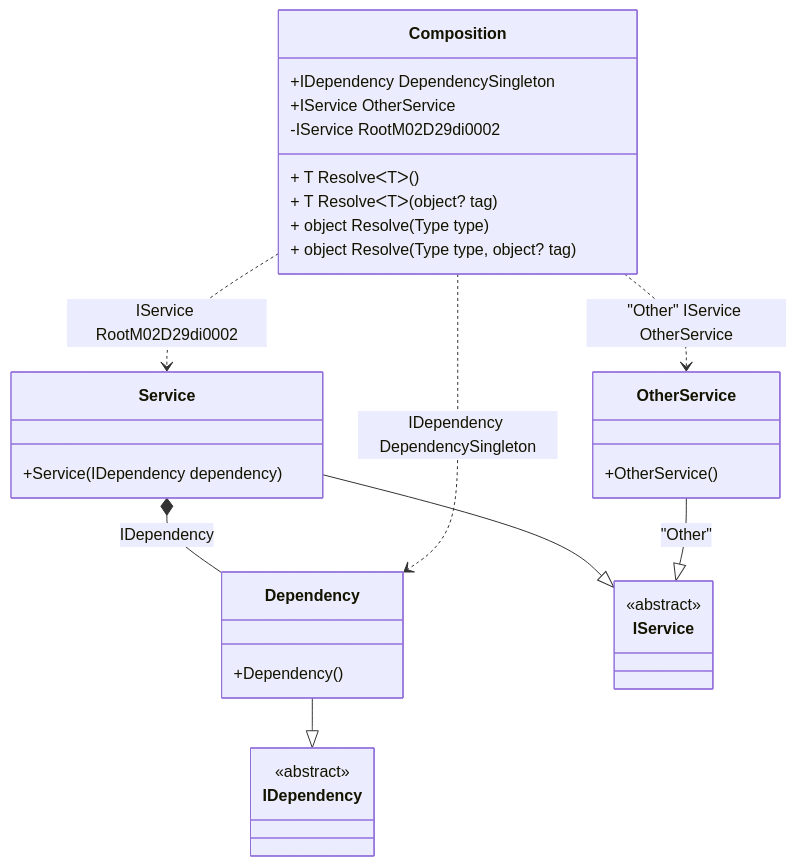
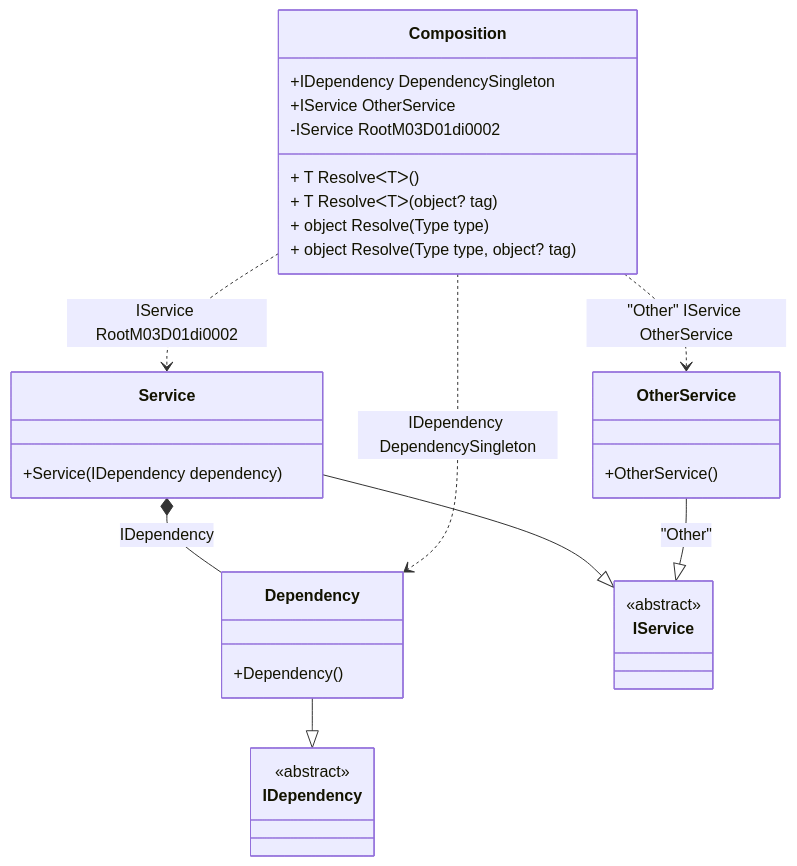
One commit to DevTeam/Pure.DI changed the diagram in readme/resolve-methods.md. Above: the diagram before and after it, drawn with Mermaid. The commit also changed 36 other files, not shown here.

````diff
--- a/readme/resolve-methods.md
+++ b/readme/resolve-methods.md
@@ -45,34 +45,34 @@
 ```mermaid
 classDiagram
   class Composition {
     +IDependency DependencySingleton
     +IService OtherService
-    -IService RootM02D29di0002
+    -IService RootM03D01di0002
     + T ResolveᐸTᐳ()
     + T ResolveᐸTᐳ(object? tag)
     + object Resolve(Type type)
     + object Resolve(Type type, object? tag)
   }
   Dependency --|> IDependency : 
   class Dependency {
     +Dependency()
   }
   Service --|> IService : 
   class Service {
     +Service(IDependency dependency)
   }
   OtherService --|> IService : "Other" 
   class OtherService {
     +OtherService()
   }
   class IDependency {
     <<abstract>>
   }
   class IService {
     <<abstract>>
   }
   Service *--  Dependency : IDependency
   Composition ..> Dependency : IDependency DependencySingleton
-  Composition ..> Service : IService RootM02D29di0002
+  Composition ..> Service : IService RootM03D01di0002
   Composition ..> OtherService : "Other" IService OtherService
 ```
````
